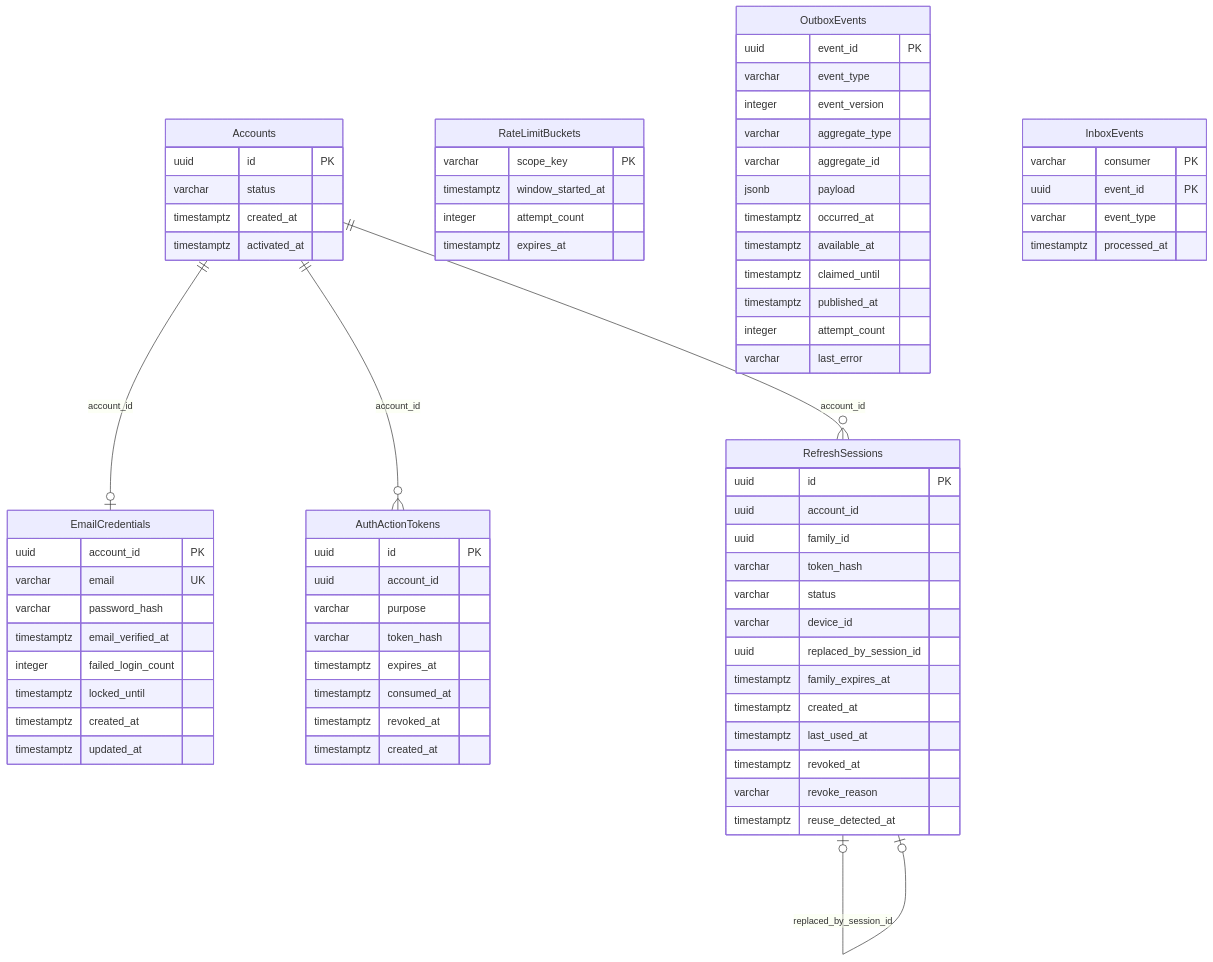
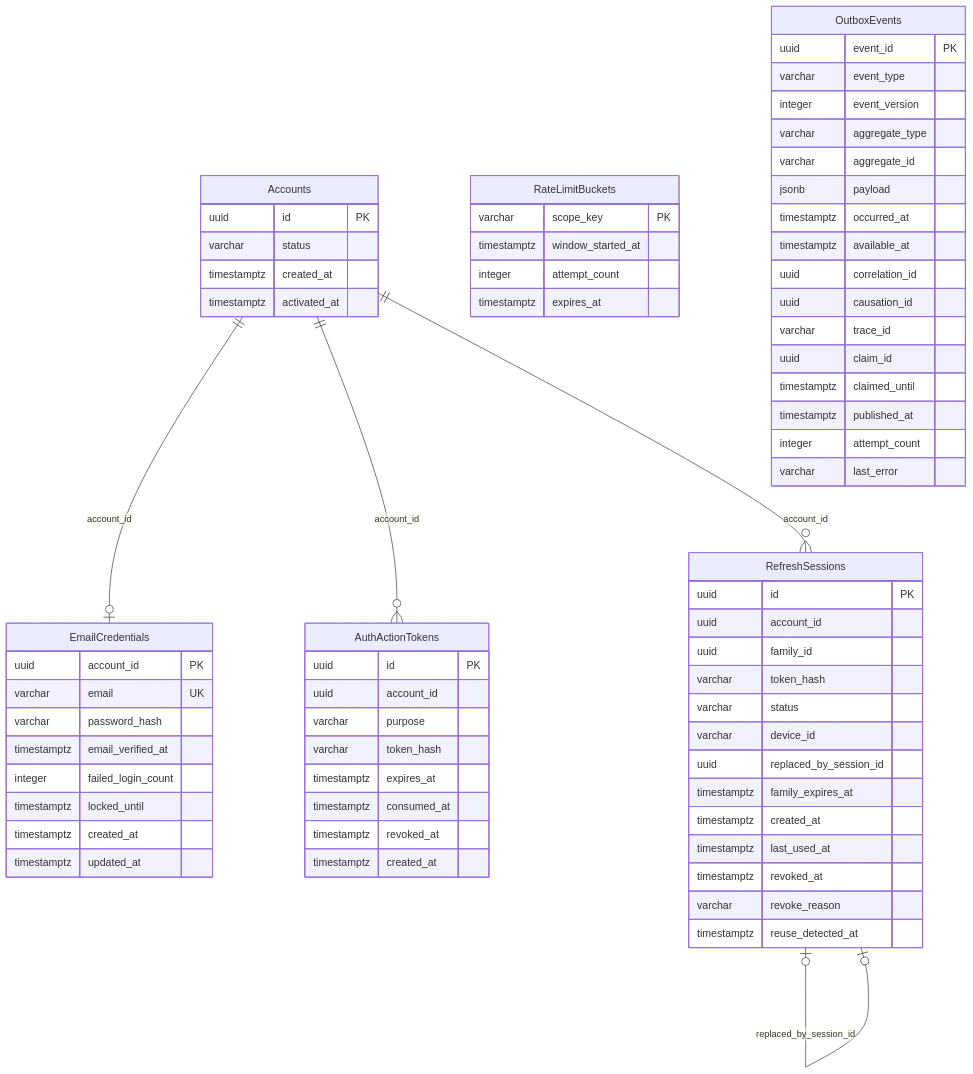
Before and after one commit to COOKieProjectTeam/cookie: the diagram in contracts/dbml/identity.mmd, drawn with Mermaid. The commit also changed 125 other files, not shown here.

```diff
--- a/contracts/dbml/identity.mmd
+++ b/contracts/dbml/identity.mmd
@@ -1,81 +1,78 @@
 %% Identity Service schema — derived from identity.dbml
 %% Cross-service references are intentionally omitted.
 erDiagram
   Accounts {
     uuid id PK
     varchar status
     timestamptz created_at
     timestamptz activated_at
   }
 
   EmailCredentials {
     uuid account_id PK
     varchar email UK
     varchar password_hash
     timestamptz email_verified_at
     integer failed_login_count
     timestamptz locked_until
     timestamptz created_at
     timestamptz updated_at
   }
 
   AuthActionTokens {
     uuid id PK
     uuid account_id
     varchar purpose
     varchar token_hash
     timestamptz expires_at
     timestamptz consumed_at
     timestamptz revoked_at
     timestamptz created_at
   }
 
   RefreshSessions {
     uuid id PK
     uuid account_id
     uuid family_id
     varchar token_hash
     varchar status
     varchar device_id
     uuid replaced_by_session_id
     timestamptz family_expires_at
     timestamptz created_at
     timestamptz last_used_at
     timestamptz revoked_at
     varchar revoke_reason
     timestamptz reuse_detected_at
   }
 
   RateLimitBuckets {
     varchar scope_key PK
     timestamptz window_started_at
     integer attempt_count
     timestamptz expires_at
   }
 
   OutboxEvents {
     uuid event_id PK
     varchar event_type
     integer event_version
     varchar aggregate_type
     varchar aggregate_id
     jsonb payload
     timestamptz occurred_at
     timestamptz available_at
+    uuid correlation_id
+    uuid causation_id
+    varchar trace_id
+    uuid claim_id
     timestamptz claimed_until
     timestamptz published_at
     integer attempt_count
     varchar last_error
   }
 
-  InboxEvents {
-    varchar consumer PK
-    uuid event_id PK
-    varchar event_type
-    timestamptz processed_at
-  }
-
   Accounts ||--o| EmailCredentials : "account_id"
   Accounts ||--o{ AuthActionTokens : "account_id"
   Accounts ||--o{ RefreshSessions : "account_id"
   RefreshSessions o|--o| RefreshSessions : "replaced_by_session_id"
```
